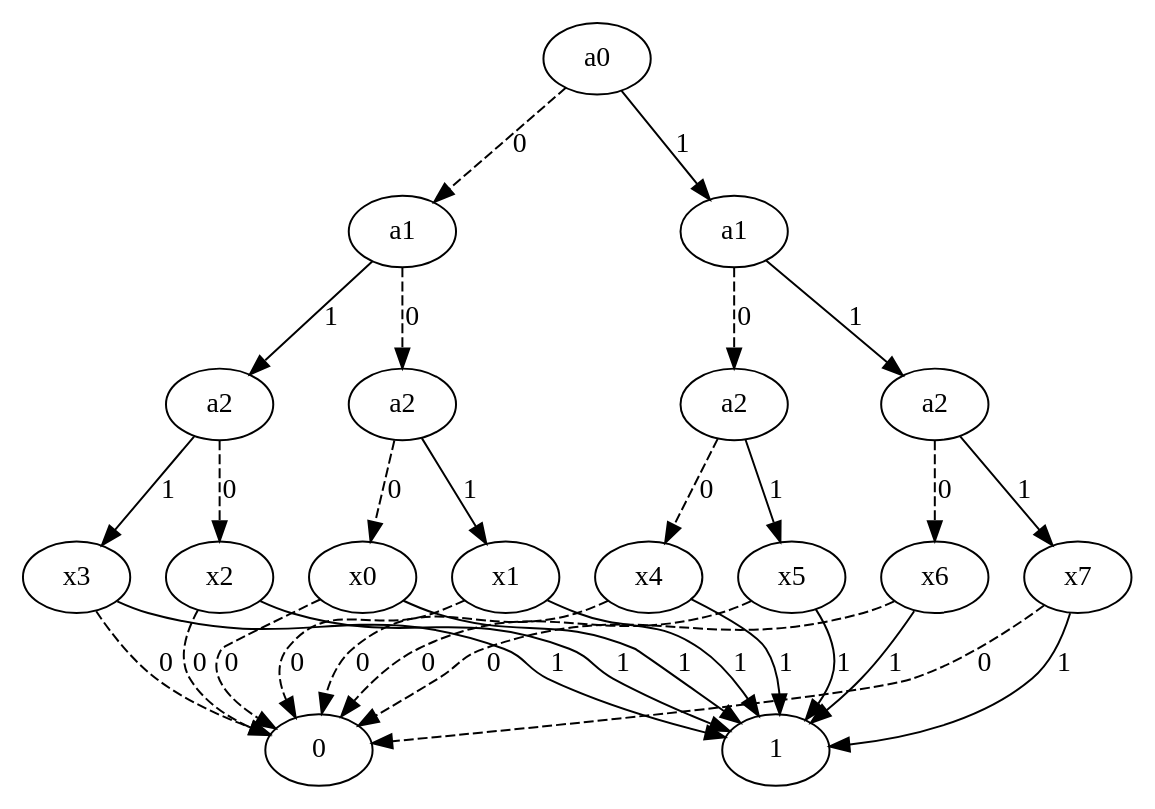
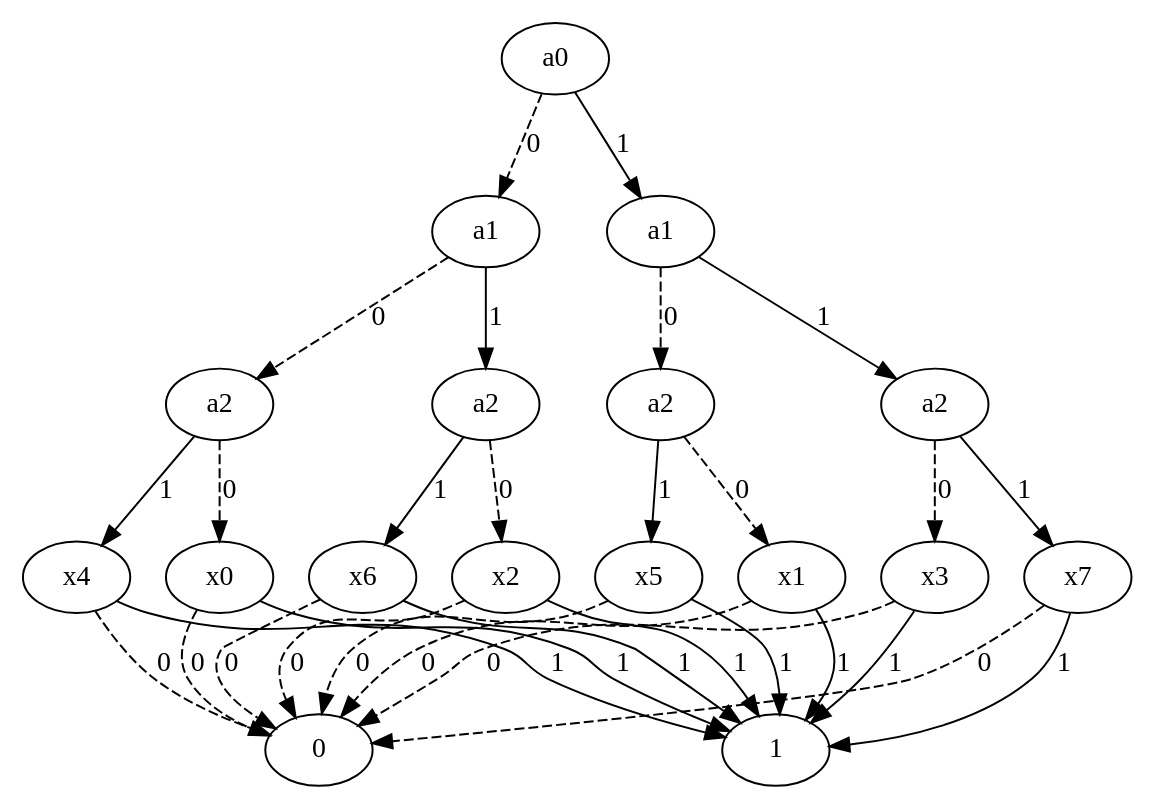
The diagram in School 2024-2025/SV/code/ex6.11_a.dot (JasonLiu1229/University-Vault), drawn with Graphviz before and after one commit. The commit also changed 2 other files, not shown here.

```diff
--- a/School 2024-2025/SV/code/ex6.11_a.dot
+++ b/School 2024-2025/SV/code/ex6.11_a.dot
@@ -1,65 +1,65 @@
 digraph G {
     a0_0 [label="a0"]
     
     a1_0 [label="a1"]
     a1_1 [label="a1"]
     
     a2_0 [label="a2"]
     a2_1 [label="a2"]
     a2_2 [label="a2"]
     a2_3 [label="a2"]
     
     x0_0 [label="x0"]
     
     x1_0 [label="x1"]
 
     x2_0 [label="x2"]
 
     x3_0 [label="x3"]
 
     x4_0 [label="x4"]
 
     x5_0 [label="x5"]
 
     x6_0 [label="x6"]
 
     x7_0 [label="x7"]
     
 
     // Edges
 
     a0_0 -> a1_0 [style=dashed, label="0"]
     a0_0 -> a1_1 [style=solid, label="1"]
 
     a1_0 -> a2_0 [style=dashed, label="0"]
     a1_0 -> a2_1 [style=solid, label="1"]
     a1_1 -> a2_2 [style=dashed, label="0"]
     a1_1 -> a2_3 [style=solid, label="1"]
 
     a2_0 -> x0_0 [style=dashed, label="0"]
-    a2_0 -> x1_0 [style=solid, label="1"]
+    a2_0 -> x4_0 [style=solid, label="1"]
     a2_1 -> x2_0 [style=dashed, label="0"]
-    a2_1 -> x3_0 [style=solid, label="1"]
-    a2_2 -> x4_0 [style=dashed, label="0"]
+    a2_1 -> x6_0 [style=solid, label="1"]
+    a2_2 -> x1_0 [style=dashed, label="0"]
     a2_2 -> x5_0 [style=solid, label="1"]
-    a2_3 -> x6_0 [style=dashed, label="0"]
+    a2_3 -> x3_0 [style=dashed, label="0"]
     a2_3 -> x7_0 [style=solid, label="1"]
 
     x0_0 -> 0 [style=dashed, label="0"]
     x0_0 -> 1 [style=solid, label="1"]
     x1_0 -> 0 [style=dashed, label="0"]
     x1_0 -> 1 [style=solid, label="1"]
     x2_0 -> 0 [style=dashed, label="0"]
     x2_0 -> 1 [style=solid, label="1"]
     x3_0 -> 0 [style=dashed, label="0"]
     x3_0 -> 1 [style=solid, label="1"]
     x4_0 -> 0 [style=dashed, label="0"]
     x4_0 -> 1 [style=solid, label="1"]
     x5_0 -> 0 [style=dashed, label="0"]
     x5_0 -> 1 [style=solid, label="1"]
     x6_0 -> 0 [style=dashed, label="0"]
     x6_0 -> 1 [style=solid, label="1"]
     x7_0 -> 0 [style=dashed, label="0"]
     x7_0 -> 1 [style=solid, label="1"]
 
 }
```
